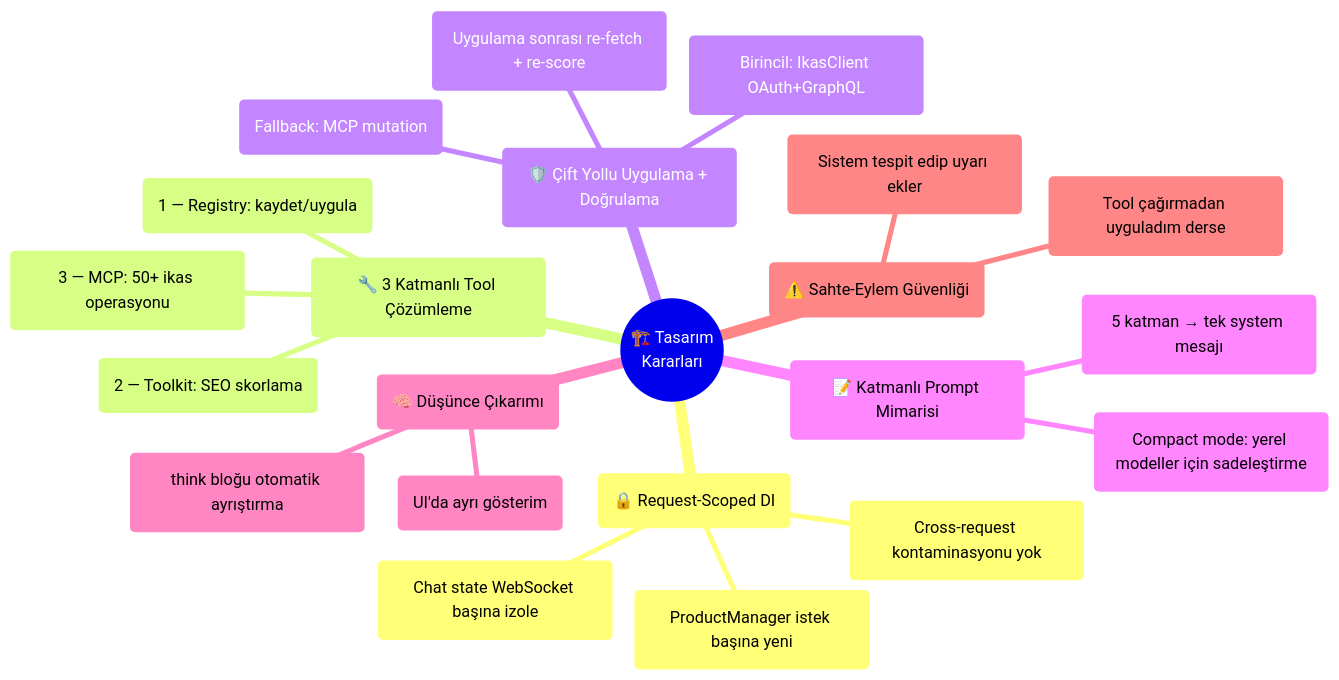
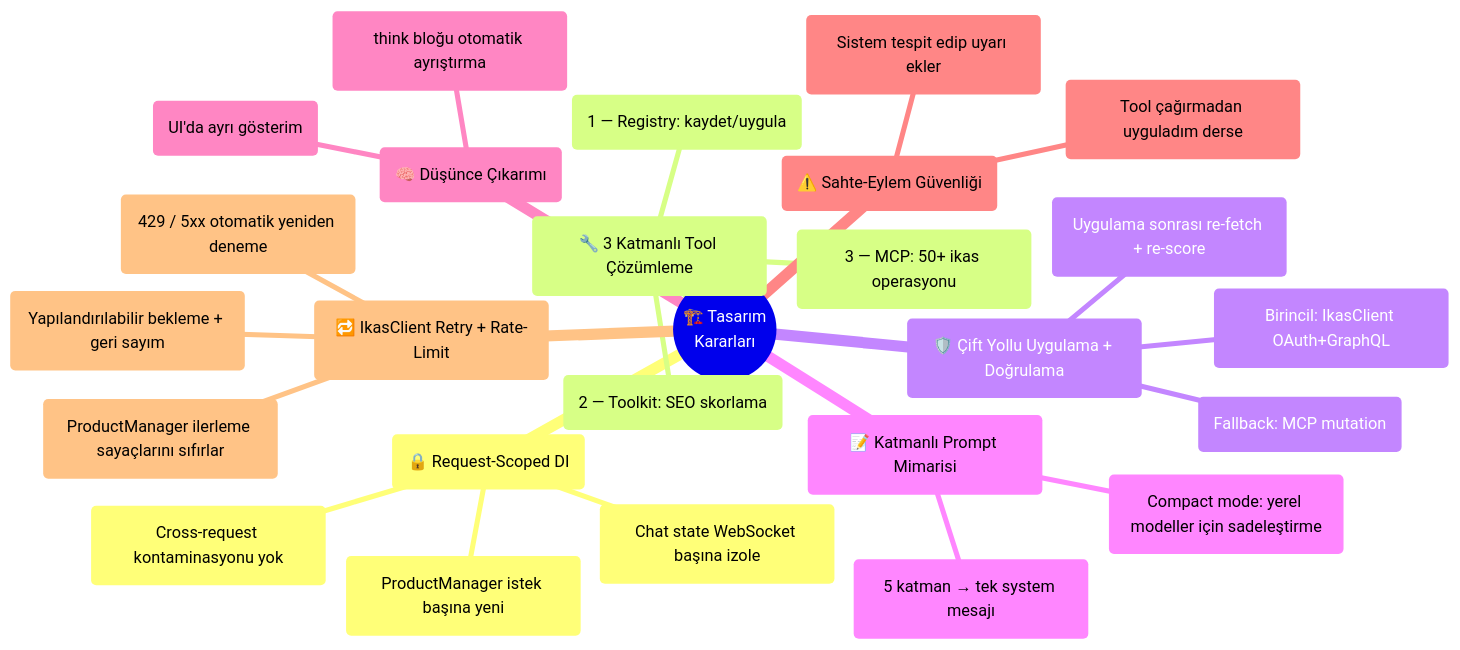
Before and after one commit to YigitKa/ikas-ai-seo-agent: diagram 13 of 19 in README.md, drawn with Mermaid. The commit also changed other lines of this file, not shown here.

Commit message:
feat: add score change log and enhance IkasClient retry mechanism in documentation

````diff
--- a/README.md
+++ b/README.md
@@ -476,25 +477,29 @@
 ```mermaid
 mindmap
   root(("🏗️ Tasarım<br/>Kararları"))
     ("🔒 Request-Scoped DI")
       ("ProductManager istek başına yeni")
       ("Chat state WebSocket başına izole")
       ("Cross-request kontaminasyonu yok")
     ("🔧 3 Katmanlı Tool Çözümleme")
       ("1 — Registry: kaydet/uygula")
       ("2 — Toolkit: SEO skorlama")
       ("3 — MCP: 50+ ikas operasyonu")
     ("🛡️ Çift Yollu Uygulama + Doğrulama")
       ("Birincil: IkasClient OAuth+GraphQL")
       ("Fallback: MCP mutation")
       ("Uygulama sonrası re-fetch + re-score")
     ("📝 Katmanlı Prompt Mimarisi")
       ("5 katman → tek system mesajı")
       ("Compact mode: yerel modeller için sadeleştirme")
     ("🧠 Düşünce Çıkarımı")
       ("think bloğu otomatik ayrıştırma")
       ("UI'da ayrı gösterim")
     ("⚠️ Sahte-Eylem Güvenliği")
       ("Tool çağırmadan uyguladım derse")
       ("Sistem tespit edip uyarı ekler")
+    ("🔁 IkasClient Retry + Rate-Limit")
+      ("429 / 5xx otomatik yeniden deneme")
+      ("Yapılandırılabilir bekleme + geri sayım")
+      ("ProductManager ilerleme sayaçlarını sıfırlar")
 ```
````
